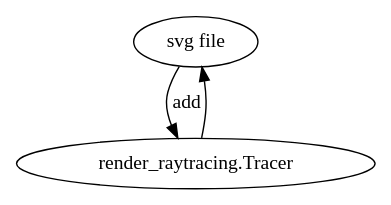
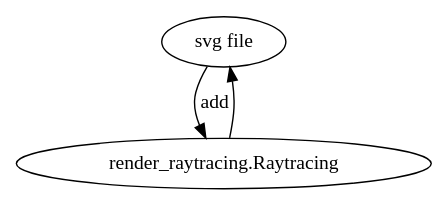
One commit to damienBloch/inkscape-raytracing changed the diagram in docs/source/structure.rst. Above: the diagram before and after it, drawn with Graphviz. The commit also changed 4 other files, not shown here.

Commit message:
Replace Tracer by Raytracing

```diff
--- a/docs/source/structure.rst
+++ b/docs/source/structure.rst
@@ -4,6 +4,6 @@
 .. graphviz::
 
    digraph foo {
-      "svg file" -> "render_raytracing.Tracer" [label="add"];
-      "render_raytracing.Tracer" -> "svg file";
+      "svg file" -> "render_raytracing.Raytracing" [label="add"];
+      "render_raytracing.Raytracing" -> "svg file";
    }
```
